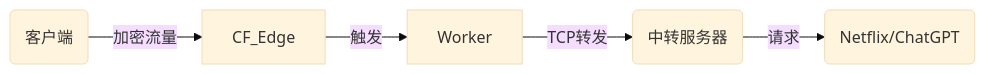
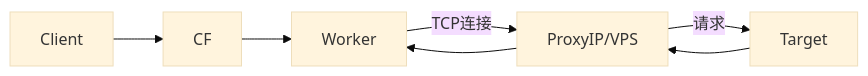
One commit to AmirrezaFarnamTaheri/mycfnew changed the second of 3 diagrams in README.md. Above: the diagram before and after it, drawn with Mermaid (base theme). The commit also changed other lines of this file and 1 other file, not shown here.

First line of the commit message:
Comprehensive Documentation Overhaul (Architecture, config, analogies)

````diff
--- a/README.md
+++ b/README.md
@@ -112,7 +110,9 @@
 ```mermaid
 graph LR
-    Client(客户端) -->|加密流量| CF_Edge
-    CF_Edge -->|触发| Worker
-    Worker -->|TCP转发| ProxyIP(中转服务器)
-    ProxyIP -->|请求| Target(Netflix/ChatGPT)
+    Client --> CF
+    CF --> Worker
+    Worker -->|TCP连接| ProxyIP[ProxyIP/VPS]
+    ProxyIP -->|请求| Target
+    Target --> ProxyIP
+    ProxyIP --> Worker
 ```
````
